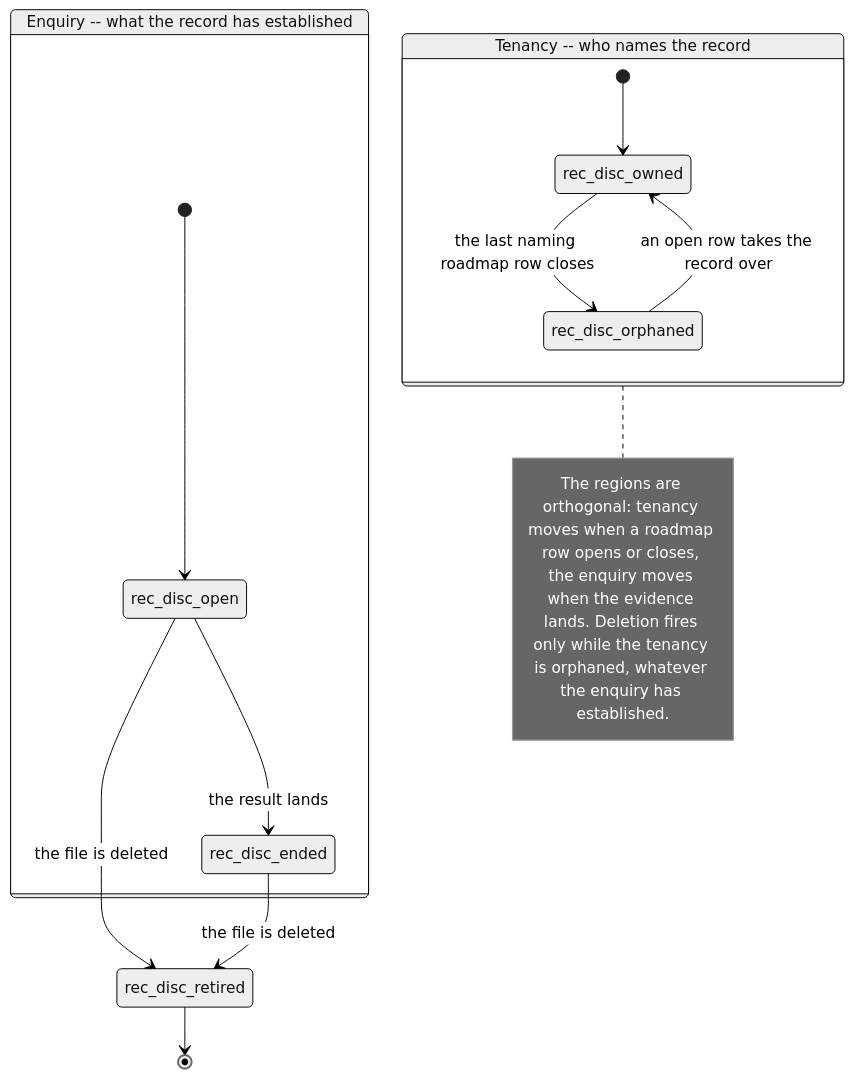
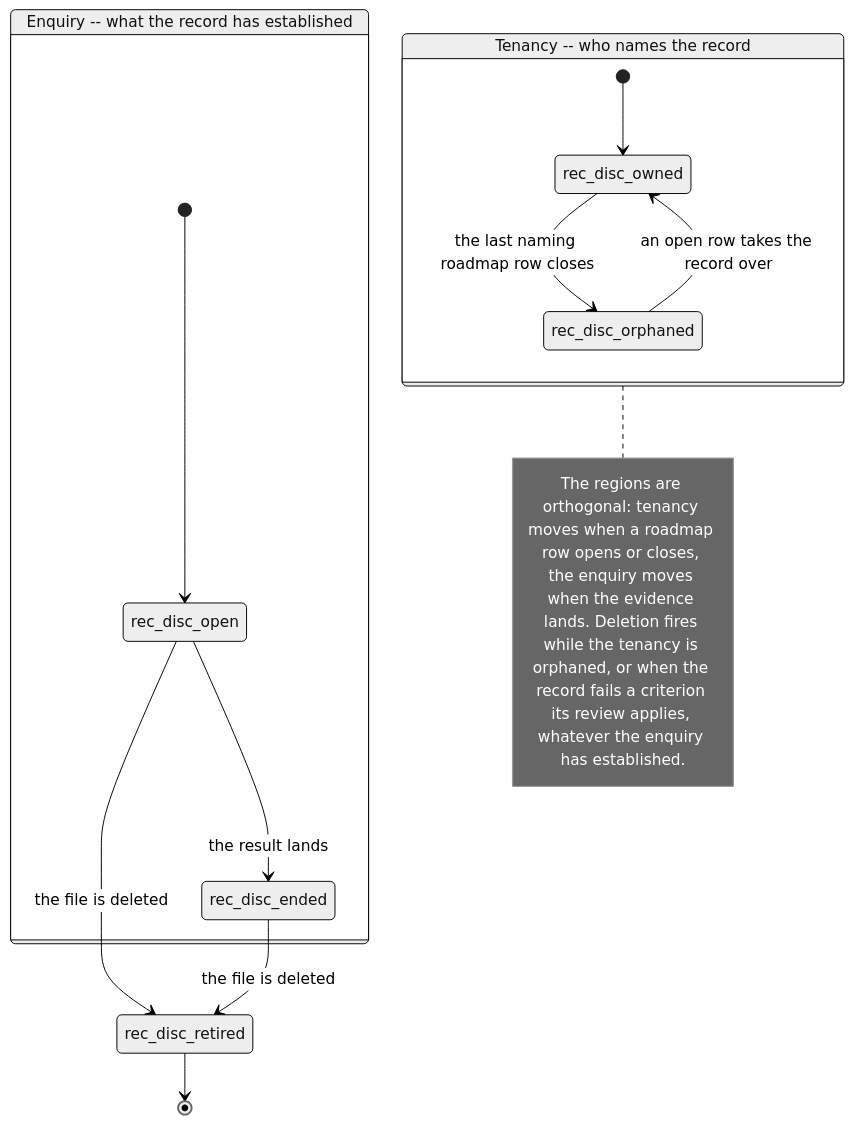
One commit to yaojiethng/agent-sandbox changed the second of 2 diagrams in docs/reference/workflow_statechart.md. Above: the diagram before and after it, drawn with Mermaid (neutral theme). The commit also changed other lines of this file and 6 other files, not shown here.

First line of the commit message:
workflow: let a failed criterion decide a deletion

````diff
--- a/docs/reference/workflow_statechart.md
+++ b/docs/reference/workflow_statechart.md
@@ -214,18 +214,18 @@
 ```mermaid
 stateDiagram-v2
     state "Tenancy -- who names the record" as rec_disc_tenancy {
         [*] --> rec_disc_owned
         rec_disc_owned --> rec_disc_orphaned : the last naming roadmap row closes
         rec_disc_orphaned --> rec_disc_owned : an open row takes the record over
     }
     state "Enquiry -- what the record has established" as rec_disc_enquiry {
         [*] --> rec_disc_open
         rec_disc_open --> rec_disc_ended : the result lands
     }
     rec_disc_open --> rec_disc_retired : the file is deleted
     rec_disc_ended --> rec_disc_retired : the file is deleted
     rec_disc_retired --> [*]
     note right of rec_disc_tenancy
-        The regions are orthogonal: tenancy moves when a roadmap row opens or closes, the enquiry moves when the evidence lands. Deletion fires only while the tenancy is orphaned, whatever the enquiry has established.
+        The regions are orthogonal: tenancy moves when a roadmap row opens or closes, the enquiry moves when the evidence lands. Deletion fires while the tenancy is orphaned, or when the record fails a criterion its review applies, whatever the enquiry has established.
     end note
 ```
````
